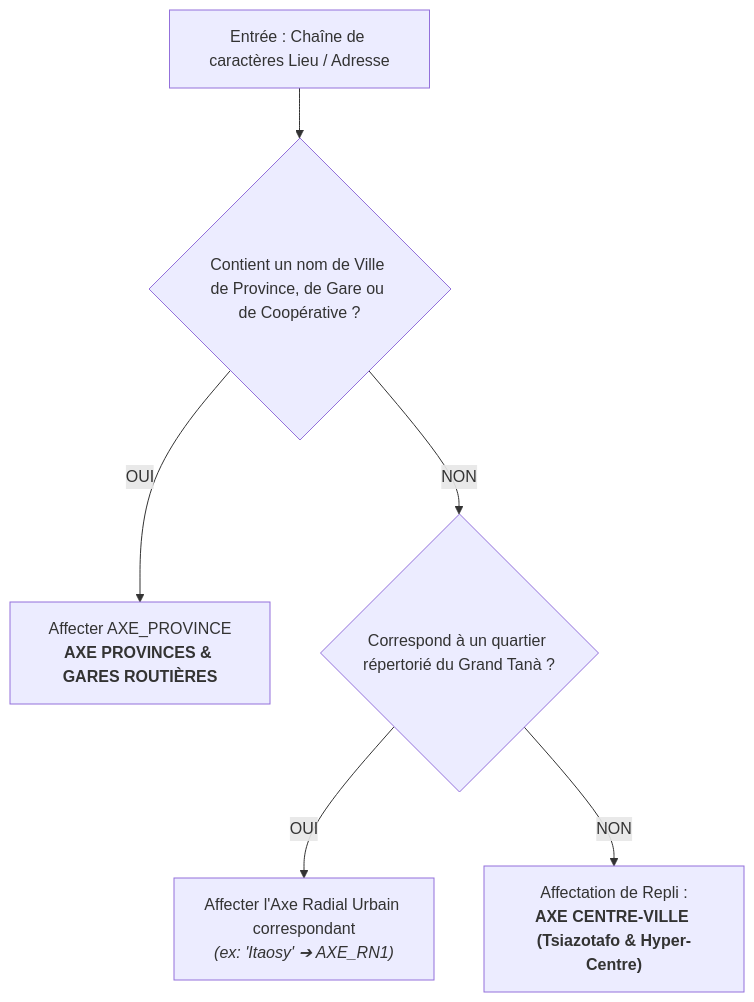
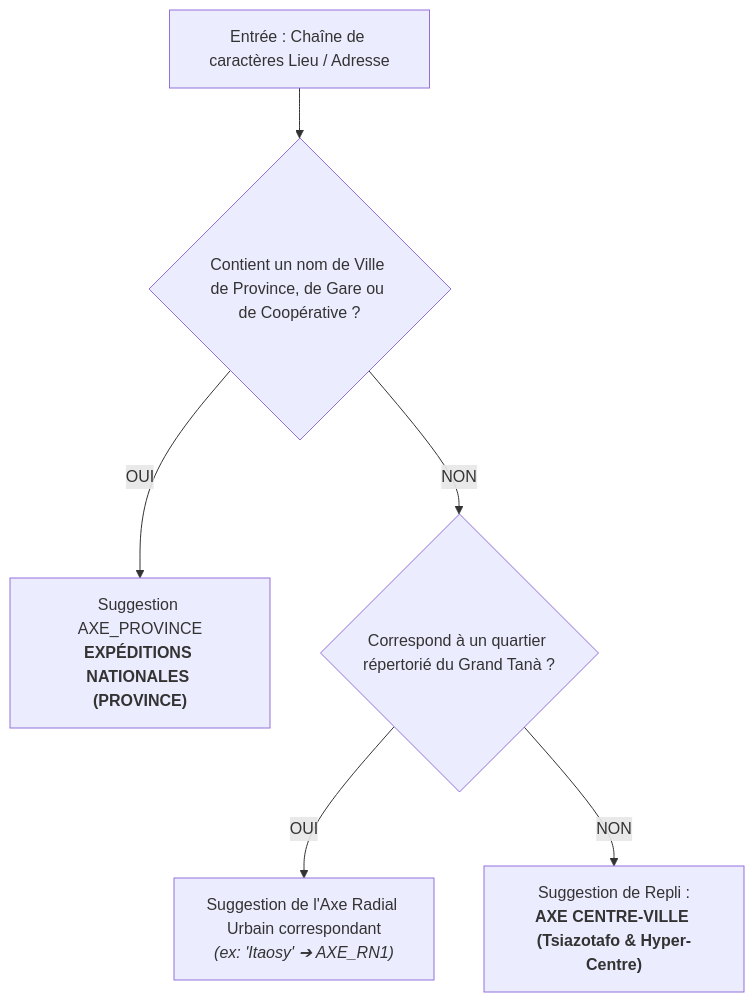
The third of 8 diagrams in cdc.md (tiana777/TMS), drawn with Mermaid before and after one commit. The commit also changed other lines of this file and 20 other files, not shown here.

````diff
--- a/cdc.md
+++ b/cdc.md
@@ -211,9 +234,9 @@
 ```mermaid
 flowchart TD
     Saisie["Entrée : Chaîne de caractères Lieu / Adresse"]
     Saisie --> E1{"Contient un nom de Ville de Province, de Gare ou de Coopérative ?"}
-    E1 -- OUI --> ResProv["Affecter AXE_PROVINCE<br/><b>AXE PROVINCES & GARES ROUTIÈRES</b>"]
+    E1 -- OUI --> ResProv["Suggestion AXE_PROVINCE<br/><b>EXPÉDITIONS NATIONALES (PROVINCE)</b>"]
     E1 -- NON --> E2{"Correspond à un quartier répertorié du Grand Tanà ?"}
-    E2 -- OUI --> ResUrbain["Affecter l'Axe Radial Urbain correspondant<br/><i>(ex: 'Itaosy' ➔ AXE_RN1)</i>"]
-    E2 -- NON --> ResDefaut["Affectation de Repli :<br/><b>AXE CENTRE-VILLE (Tsiazotafo & Hyper-Centre)</b>"]
+    E2 -- OUI --> ResUrbain["Suggestion de l'Axe Radial Urbain correspondant<br/><i>(ex: 'Itaosy' ➔ AXE_RN1)</i>"]
+    E2 -- NON --> ResDefaut["Suggestion de Repli :<br/><b>AXE CENTRE-VILLE (Tsiazotafo & Hyper-Centre)</b>"]
 ```
````
